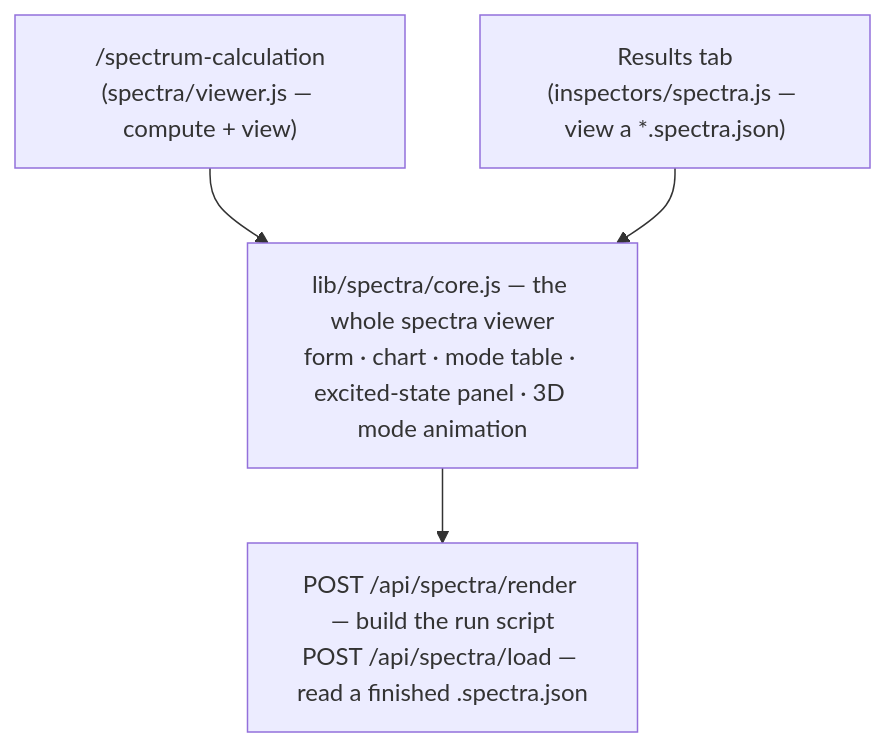
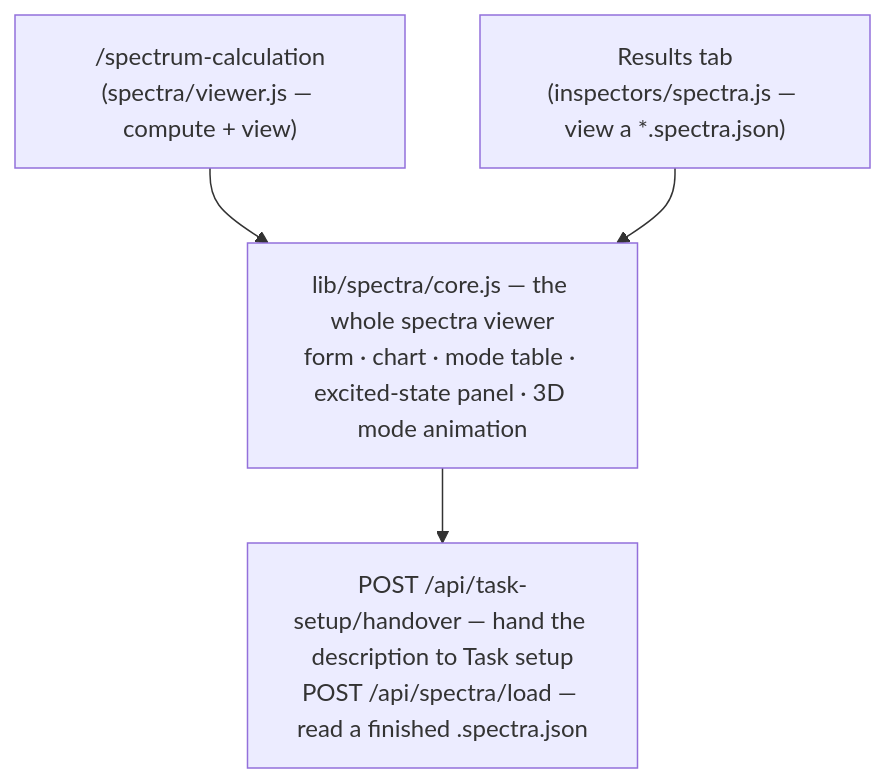
The diagram in docs/web/spectra.md (Qing-LAB/molbuilder), drawn with Mermaid before and after one commit. The commit also changed other lines of this file and 16 other files, not shown here.

````diff
--- a/docs/web/spectra.md
+++ b/docs/web/spectra.md
@@ -44,7 +44,7 @@
 ```mermaid
 flowchart TD
   ENG["lib/spectra/core.js — the whole spectra viewer<br/>form · chart · mode table · excited-state panel · 3D mode animation"]
   TAB["/spectrum-calculation<br/>(spectra/viewer.js — compute + view)"] --> ENG
   RES["Results tab<br/>(inspectors/spectra.js — view a *.spectra.json)"] --> ENG
-  ENG --> API["POST /api/spectra/render — build the run script<br/>POST /api/spectra/load — read a finished .spectra.json"]
+  ENG --> API["POST /api/task-setup/handover — hand the description to Task setup<br/>POST /api/spectra/load — read a finished .spectra.json"]
 ```
````
